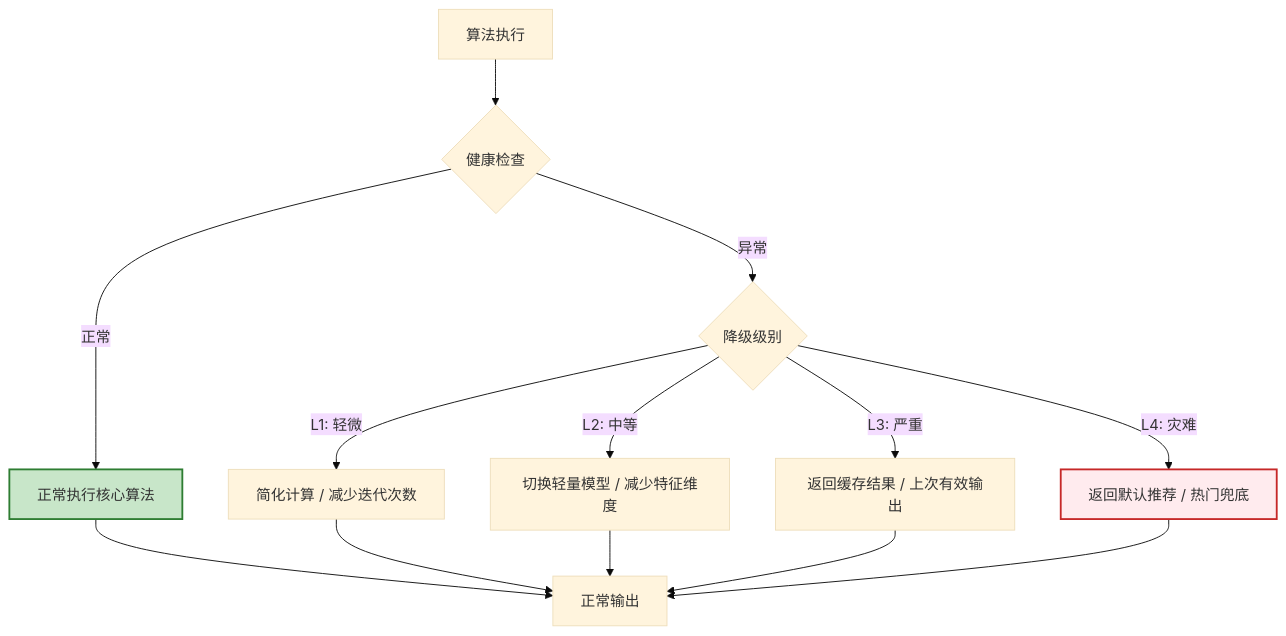
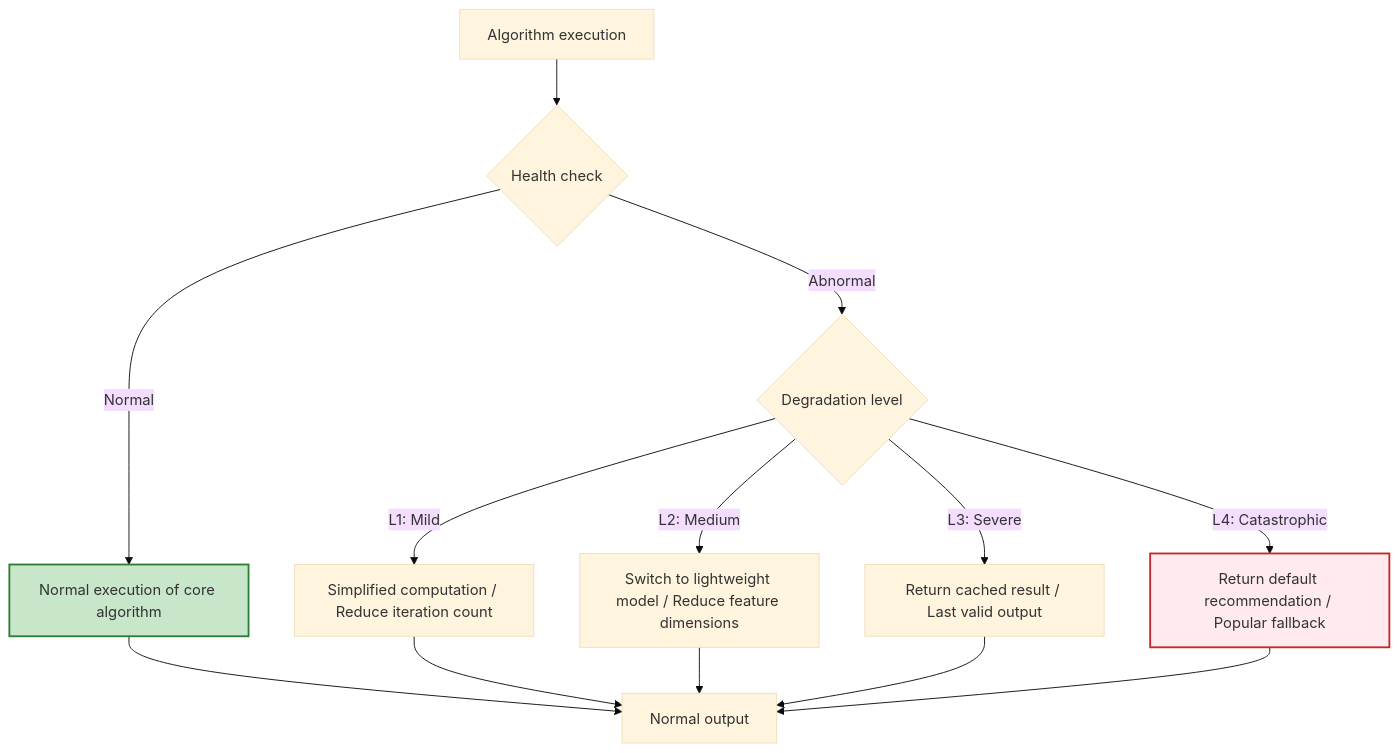
Before and after one commit to Kirky-X/cangjie: the eighth of 10 diagrams in templates/产品/技术层/【模板】核心算法文档.md, drawn with Mermaid (base theme). The commit also changed other lines of this file and 60 other files, not shown here.

````diff
--- a/templates/产品/技术层/【模板】核心算法文档.md
+++ b/templates/产品/技术层/【模板】核心算法文档.md
@@ -816,21 +816,21 @@
 ```mermaid
 flowchart TD
-    Start[算法执行] --> Check{健康检查}
+    Start[Algorithm execution] --> Check{Health check}
 
-    Check -->|正常| Normal[正常执行核心算法]
-    Check -->|异常| Degrade{降级级别}
+    Check -->|Normal| Normal[Normal execution of core algorithm]
+    Check -->|Abnormal| Degrade{Degradation level}
 
-    Degrade -->|L1: 轻微| L1[简化计算 / 减少迭代次数]
-    Degrade -->|L2: 中等| L2[切换轻量模型 / 减少特征维度]
-    Degrade -->|L3: 严重| L3[返回缓存结果 / 上次有效输出]
-    Degrade -->|L4: 灾难| L4[返回默认推荐 / 热门兜底]
+    Degrade -->|L1: Mild| L1[Simplified computation / Reduce iteration count]
+    Degrade -->|L2: Medium| L2[Switch to lightweight model / Reduce feature dimensions]
+    Degrade -->|L3: Severe| L3[Return cached result / Last valid output]
+    Degrade -->|L4: Catastrophic| L4[Return default recommendation / Popular fallback]
 
-    Normal --> Output[正常输出]
+    Normal --> Output[Normal output]
     L1 --> Output
     L2 --> Output
     L3 --> Output
     L4 --> Output
 
     style L4 fill:#ffebee,stroke:#c62828,stroke-width:2px
     style Normal fill:#c8e6c9,stroke:#2e7d32,stroke-width:2px
 ```
````
